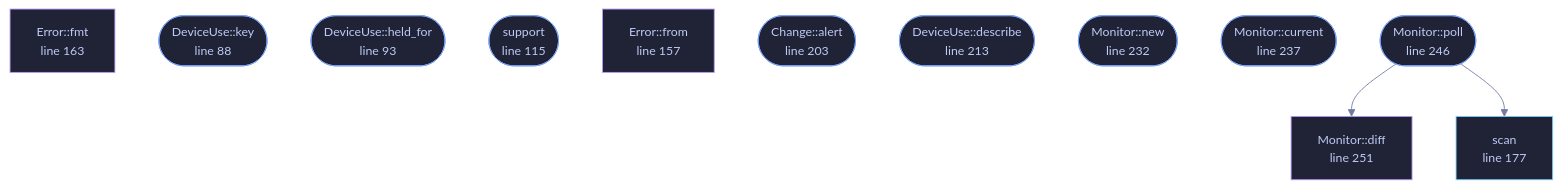
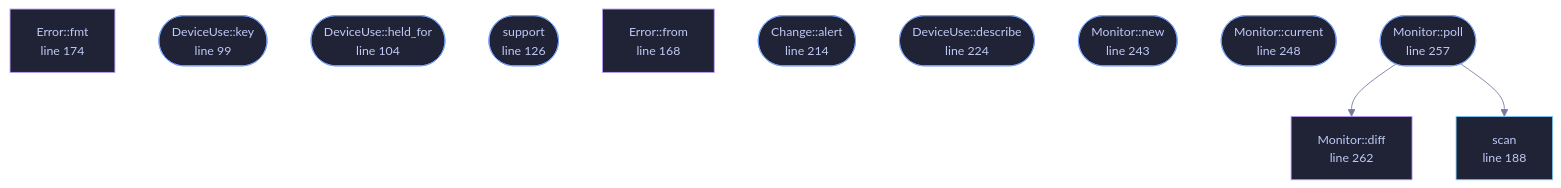
One commit to tilas01/veilvoice changed the diagram in docs/files/veilvoice-watch/lib.md. Above: the diagram before and after it, drawn with Mermaid. The commit also changed other lines of this file and 182 other files, not shown here.

````diff
--- a/docs/files/veilvoice-watch/lib.md
+++ b/docs/files/veilvoice-watch/lib.md
@@ -96,38 +108,38 @@
 ```mermaid
 %%{init: {"theme":"base","themeVariables":{"background":"#1a1b26","primaryColor":"#1f2335","primaryTextColor":"#c0caf5","primaryBorderColor":"#7aa2f7","secondaryColor":"#16161e","tertiaryColor":"#16161e","lineColor":"#737aa2","textColor":"#c0caf5","mainBkg":"#1f2335","nodeBorder":"#7aa2f7","clusterBkg":"#16161e","clusterBorder":"#2f3549","fontFamily":"ui-monospace, SFMono-Regular, Consolas, monospace","fontSize":"14px"}}}%%
 flowchart TD
-    n_fmt["DeviceKind::fmt<br/>line 57"]
-    n_key(["DeviceUse::key<br/>line 88"])
-    n_held_for(["DeviceUse::held_for<br/>line 93"])
-    n_support(["support<br/>line 115"])
-    n_from["Error::from<br/>line 157"]
-    n_fmt["Error::fmt<br/>line 163"]
-    n_scan["scan<br/>line 177"]
-    n_alert(["Change::alert<br/>line 203"])
-    n_describe(["DeviceUse::describe<br/>line 213"])
-    n_new(["Monitor::new<br/>line 232"])
-    n_current(["Monitor::current<br/>line 237"])
-    n_poll(["Monitor::poll<br/>line 246"])
-    n_diff["Monitor::diff<br/>line 251"]
+    n_fmt["DeviceKind::fmt<br/>line 68"]
+    n_key(["DeviceUse::key<br/>line 99"])
+    n_held_for(["DeviceUse::held_for<br/>line 104"])
+    n_support(["support<br/>line 126"])
+    n_from["Error::from<br/>line 168"]
+    n_fmt["Error::fmt<br/>line 174"]
+    n_scan["scan<br/>line 188"]
+    n_alert(["Change::alert<br/>line 214"])
+    n_describe(["DeviceUse::describe<br/>line 224"])
+    n_new(["Monitor::new<br/>line 243"])
+    n_current(["Monitor::current<br/>line 248"])
+    n_poll(["Monitor::poll<br/>line 257"])
+    n_diff["Monitor::diff<br/>line 262"]
     n_poll --> n_diff
     n_poll --> n_scan
-    click n_fmt href "https://github.com/tilas01/veilvoice/blob/main/crates/veilvoice-watch/src/lib.rs#L57" "open the source"
-    click n_key href "https://github.com/tilas01/veilvoice/blob/main/crates/veilvoice-watch/src/lib.rs#L88" "open the source"
-    click n_held_for href "https://github.com/tilas01/veilvoice/blob/main/crates/veilvoice-watch/src/lib.rs#L93" "open the source"
-    click n_support href "https://github.com/tilas01/veilvoice/blob/main/crates/veilvoice-watch/src/lib.rs#L115" "open the source"
-    click n_from href "https://github.com/tilas01/veilvoice/blob/main/crates/veilvoice-watch/src/lib.rs#L157" "open the source"
-    click n_fmt href "https://github.com/tilas01/veilvoice/blob/main/crates/veilvoice-watch/src/lib.rs#L163" "open the source"
-    click n_scan href "https://github.com/tilas01/veilvoice/blob/main/crates/veilvoice-watch/src/lib.rs#L177" "open the source"
-    click n_alert href "https://github.com/tilas01/veilvoice/blob/main/crates/veilvoice-watch/src/lib.rs#L203" "open the source"
-    click n_describe href "https://github.com/tilas01/veilvoice/blob/main/crates/veilvoice-watch/src/lib.rs#L213" "open the source"
-    click n_new href "https://github.com/tilas01/veilvoice/blob/main/crates/veilvoice-watch/src/lib.rs#L232" "open the source"
-    click n_current href "https://github.com/tilas01/veilvoice/blob/main/crates/veilvoice-watch/src/lib.rs#L237" "open the source"
-    click n_poll href "https://github.com/tilas01/veilvoice/blob/main/crates/veilvoice-watch/src/lib.rs#L246" "open the source"
-    click n_diff href "https://github.com/tilas01/veilvoice/blob/main/crates/veilvoice-watch/src/lib.rs#L251" "open the source"
+    click n_fmt href "https://github.com/tilas01/veilvoice/blob/main/crates/veilvoice-watch/src/lib.rs#L68" "open the source"
+    click n_key href "https://github.com/tilas01/veilvoice/blob/main/crates/veilvoice-watch/src/lib.rs#L99" "open the source"
+    click n_held_for href "https://github.com/tilas01/veilvoice/blob/main/crates/veilvoice-watch/src/lib.rs#L104" "open the source"
+    click n_support href "https://github.com/tilas01/veilvoice/blob/main/crates/veilvoice-watch/src/lib.rs#L126" "open the source"
+    click n_from href "https://github.com/tilas01/veilvoice/blob/main/crates/veilvoice-watch/src/lib.rs#L168" "open the source"
+    click n_fmt href "https://github.com/tilas01/veilvoice/blob/main/crates/veilvoice-watch/src/lib.rs#L174" "open the source"
+    click n_scan href "https://github.com/tilas01/veilvoice/blob/main/crates/veilvoice-watch/src/lib.rs#L188" "open the source"
+    click n_alert href "https://github.com/tilas01/veilvoice/blob/main/crates/veilvoice-watch/src/lib.rs#L214" "open the source"
+    click n_describe href "https://github.com/tilas01/veilvoice/blob/main/crates/veilvoice-watch/src/lib.rs#L224" "open the source"
+    click n_new href "https://github.com/tilas01/veilvoice/blob/main/crates/veilvoice-watch/src/lib.rs#L243" "open the source"
+    click n_current href "https://github.com/tilas01/veilvoice/blob/main/crates/veilvoice-watch/src/lib.rs#L248" "open the source"
+    click n_poll href "https://github.com/tilas01/veilvoice/blob/main/crates/veilvoice-watch/src/lib.rs#L257" "open the source"
+    click n_diff href "https://github.com/tilas01/veilvoice/blob/main/crates/veilvoice-watch/src/lib.rs#L262" "open the source"
     classDef entry fill:#1f2335,stroke:#7aa2f7,color:#c0caf5
     class n_key,n_held_for,n_support,n_alert,n_describe,n_new,n_current,n_poll entry
     classDef api fill:#1f2335,stroke:#7dcfff,color:#c0caf5
     class n_scan api
     classDef helper fill:#1f2335,stroke:#bb9af7,color:#c0caf5
     class n_fmt,n_from,n_fmt,n_diff helper
 ```
````
